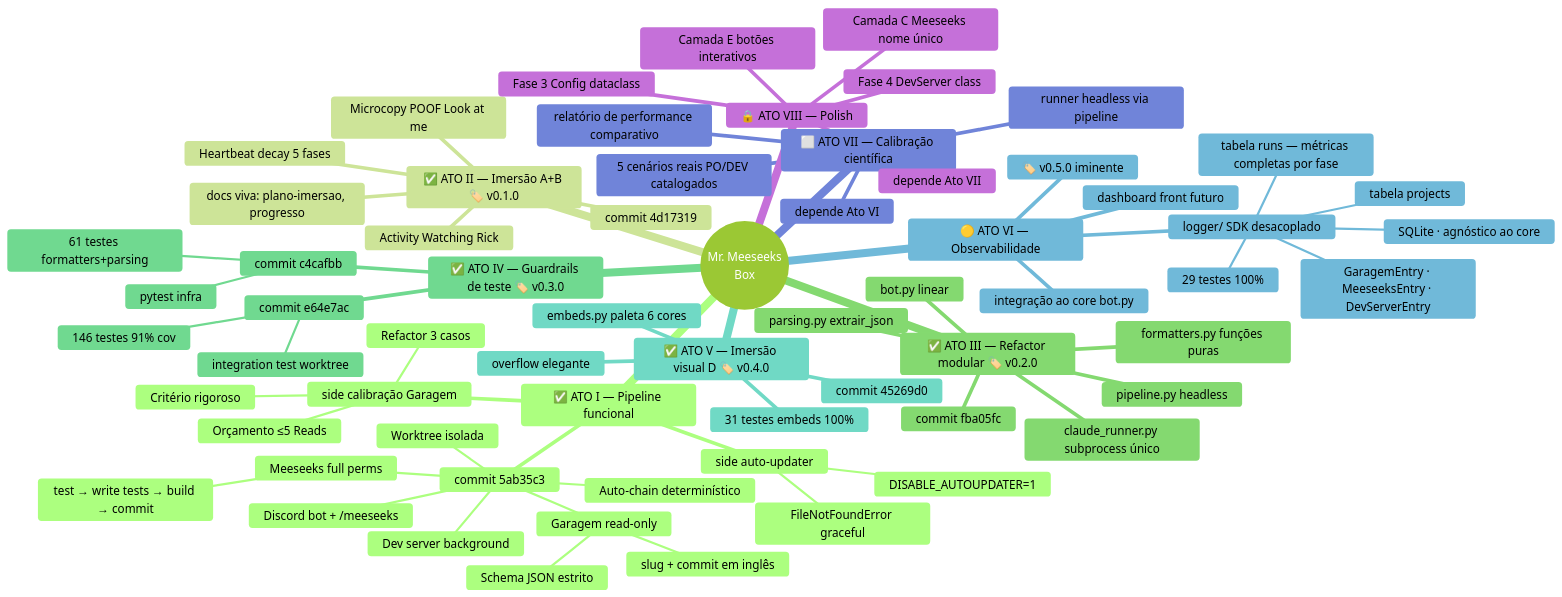
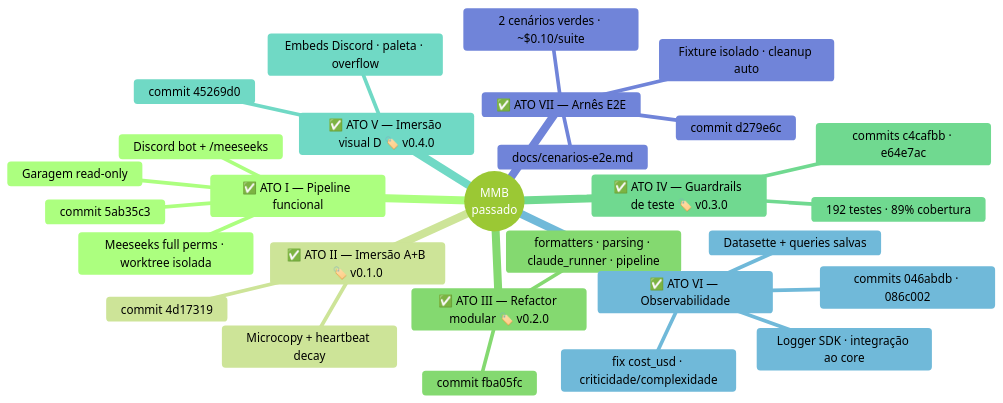
One commit to x-force-42/mmb-core changed the first of 4 diagrams in docs/arvore.md. Above: the diagram before and after it, drawn with Mermaid (forest theme). The commit also changed other lines of this file and 11 other files, not shown here.

````diff
--- a/docs/arvore.md
+++ b/docs/arvore.md
@@ -34,68 +58,31 @@
 ```mermaid
 mindmap
-  root((Mr. Meeseeks<br/>Box))
+  root((MMB<br/>passado))
     ✅ ATO I — Pipeline funcional
       commit 5ab35c3
-        Discord bot + /meeseeks
-        Garagem read-only
-          Schema JSON estrito
-          slug + commit em inglês
-        Meeseeks full perms
-          test → write tests → build → commit
-        Auto-chain determinístico
-        Worktree isolada
-        Dev server background
-      side auto-updater
-        DISABLE_AUTOUPDATER=1
-        FileNotFoundError graceful
-      side calibração Garagem
-        Orçamento ≤5 Reads
-        Refactor 3 casos
-        Critério rigoroso
+      Discord bot + /meeseeks
+      Garagem read-only
+      Meeseeks full perms · worktree isolada
     ✅ ATO II — Imersão A+B 🏷️ v0.1.0
       commit 4d17319
-      Microcopy POOF Look at me
-      Heartbeat decay 5 fases
-      Activity Watching Rick
-      docs viva: plano-imersao, progresso
+      Microcopy + heartbeat decay
     ✅ ATO III — Refactor modular 🏷️ v0.2.0
       commit fba05fc
-      formatters.py funções puras
-      parsing.py extrair_json
-      claude_runner.py subprocess único
-      pipeline.py headless
-      bot.py linear
+      formatters · parsing · claude_runner · pipeline
     ✅ ATO IV — Guardrails de teste 🏷️ v0.3.0
-      commit c4cafbb
-        61 testes formatters+parsing
-        pytest infra
-      commit e64e7ac
-        146 testes 91% cov
-        integration test worktree
+      commits c4cafbb · e64e7ac
+      192 testes · 89% cobertura
     ✅ ATO V — Imersão visual D 🏷️ v0.4.0
       commit 45269d0
-      embeds.py paleta 6 cores
-      overflow elegante
-      31 testes embeds 100%
-    🟡 ATO VI — Observabilidade
-      🏷️ v0.5.0 iminente
-      logger/ SDK desacoplado
-        tabela projects
-        tabela runs — métricas completas por fase
-        GaragemEntry · MeeseeksEntry · DevServerEntry
-        SQLite · agnóstico ao core
-        29 testes 100%
-      integração ao core bot.py
-      dashboard front futuro
-    ⬜ ATO VII — Calibração científica
-      5 cenários reais PO/DEV catalogados
-      runner headless via pipeline
-      relatório de performance comparativo
-      depende Ato VI
-    🔒 ATO VIII — Polish
-      Camada C Meeseeks nome único
-      Camada E botões interativos
-      Fase 3 Config dataclass
-      Fase 4 DevServer class
-      depende Ato VII
+      Embeds Discord · paleta · overflow
+    ✅ ATO VI — Observabilidade
+      commits 046abdb · 086c002
+      Logger SDK · integração ao core
+      Datasette + queries salvas
+      fix cost_usd · criticidade/complexidade
+    ✅ ATO VII — Arnês E2E
+      commit d279e6c
+      Fixture isolado · cleanup auto
+      2 cenários verdes · ~$0.10/suite
+      docs/cenarios-e2e.md
 ```
````
